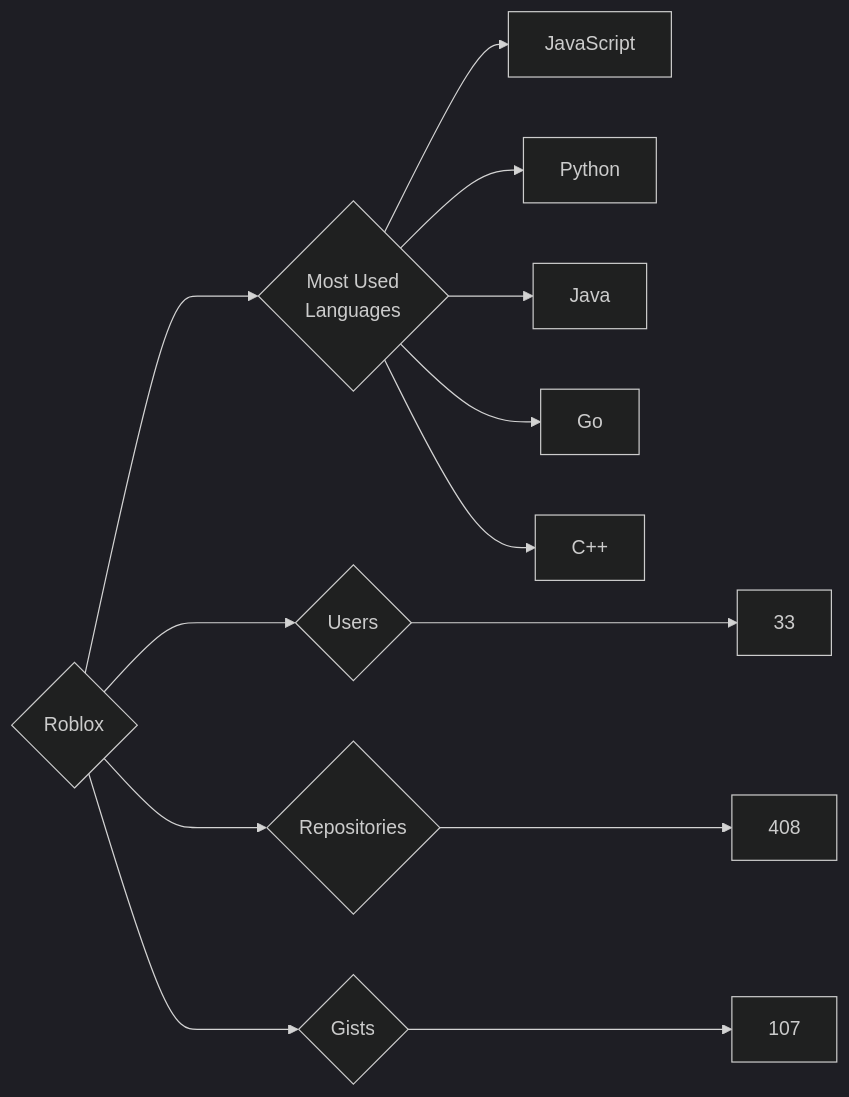
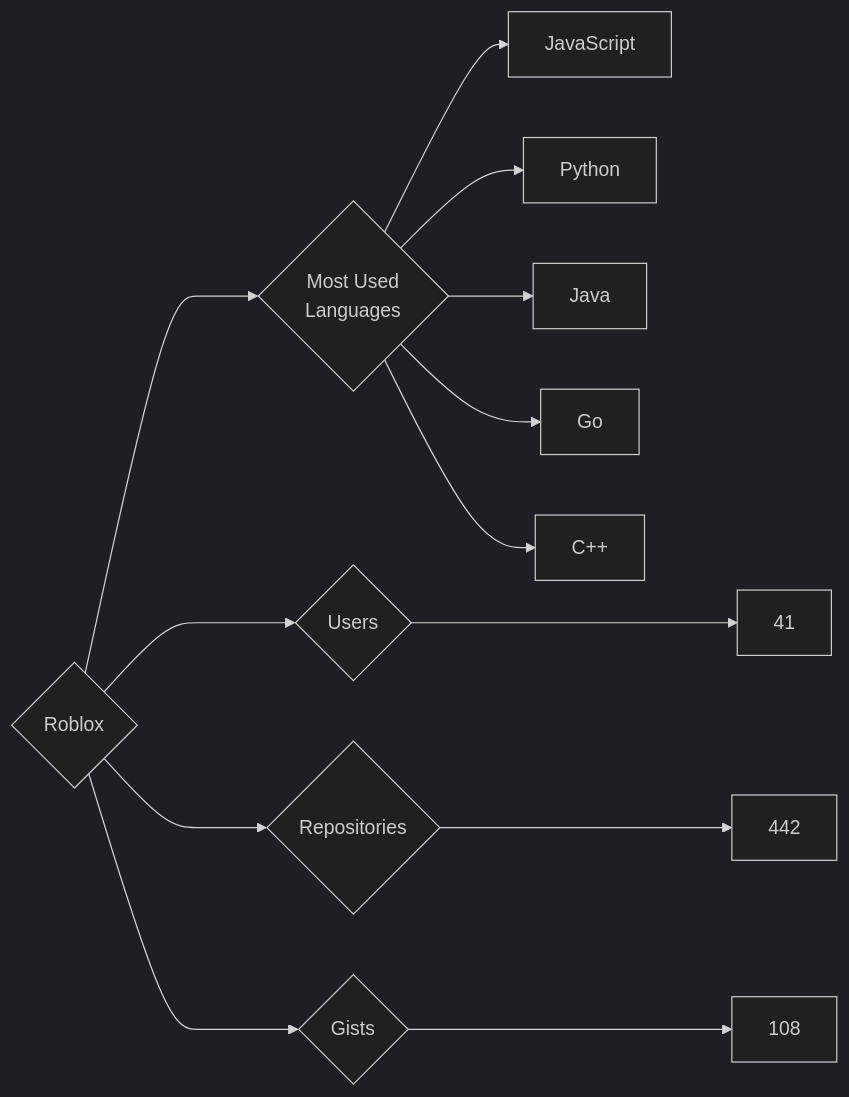
The diagram in targets/Roblox/README.md (trickest/insiders), drawn with Mermaid (dark theme) before and after one commit. The commit also changed 976 other files, not shown here.

````diff
--- a/targets/Roblox/README.md
+++ b/targets/Roblox/README.md
@@ -3,13 +3,13 @@
 ```mermaid
 graph LR
 COMPANY_NAME{Roblox}
-COMPANY_NAME ---> U{Users} ---> UN[33]
-COMPANY_NAME ---> R{Repositories} ---> RN[408]
-COMPANY_NAME ---> G{Gists} ---> GN[107]
+COMPANY_NAME ---> U{Users} ---> UN[41]
+COMPANY_NAME ---> R{Repositories} ---> RN[442]
+COMPANY_NAME ---> G{Gists} ---> GN[108]
 COMPANY_NAME ---> ML{Most Used<br>Languages}
 ML --> JavaScript[JavaScript]
 ML --> Python[Python]
 ML --> Java[Java]
 ML --> Go[Go]
 ML --> C++[C++]
 ```
````
